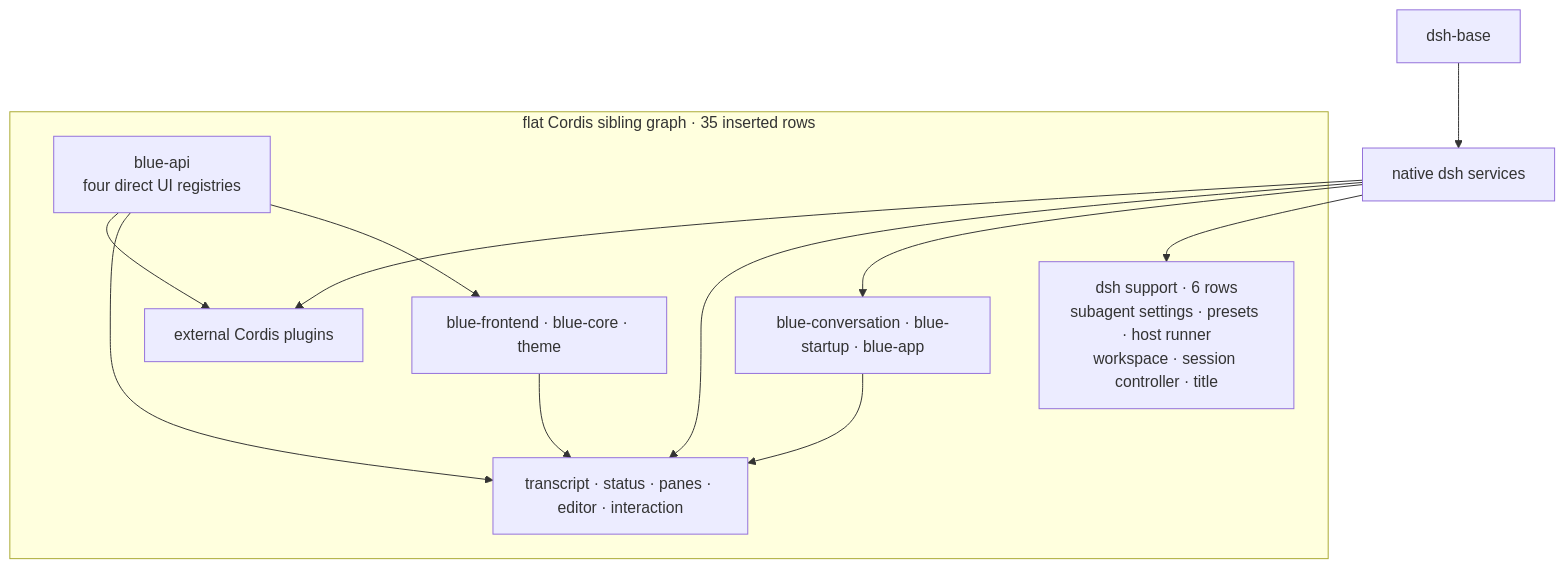
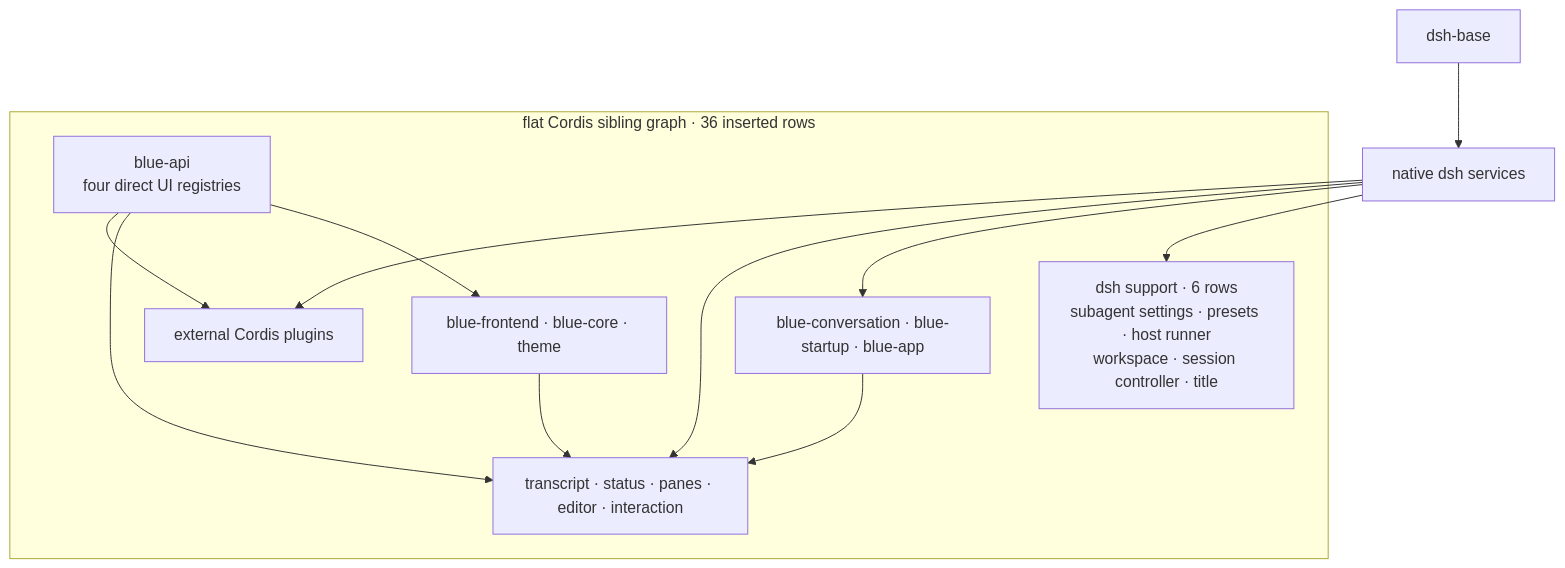
One commit to dsh-blue/blue changed the diagram in docs/diagrams/blue-composition.mmd. Above: the diagram before and after it, drawn with Mermaid. The commit also changed 37 other files, not shown here.

```diff
--- a/docs/diagrams/blue-composition.mmd
+++ b/docs/diagrams/blue-composition.mmd
@@ -1,22 +1,22 @@
 flowchart TB
     BASE["dsh-base"]
-    subgraph GRAPH["flat Cordis sibling graph · 35 inserted rows"]
+    subgraph GRAPH["flat Cordis sibling graph · 36 inserted rows"]
         SUPPORT["dsh support · 6 rows<br/>subagent settings · presets · host runner<br/>workspace · session controller · title"]
         API["blue-api<br/>four direct UI registries"]
         APP["blue-conversation · blue-startup · blue-app"]
         VIEW["blue-frontend · blue-core · theme"]
         PRODUCT["transcript · status · panes · editor · interaction"]
         PLUGINS["external Cordis plugins"]
     end
     NATIVE["native dsh services"]
 
     BASE --> NATIVE
     NATIVE --> SUPPORT
     NATIVE --> APP
     NATIVE --> PRODUCT
     NATIVE --> PLUGINS
     API --> VIEW
     API --> PRODUCT
     API --> PLUGINS
     APP --> PRODUCT
     VIEW --> PRODUCT
```
